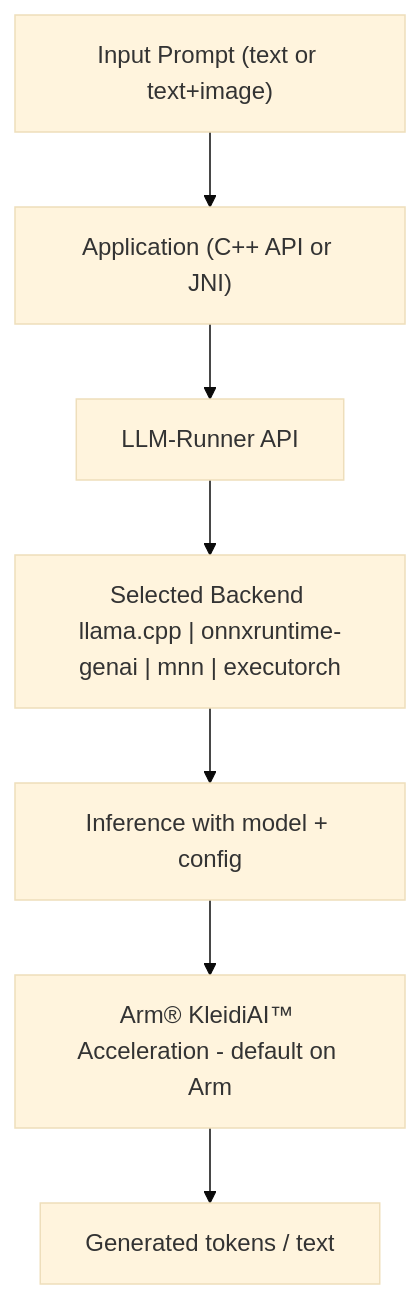
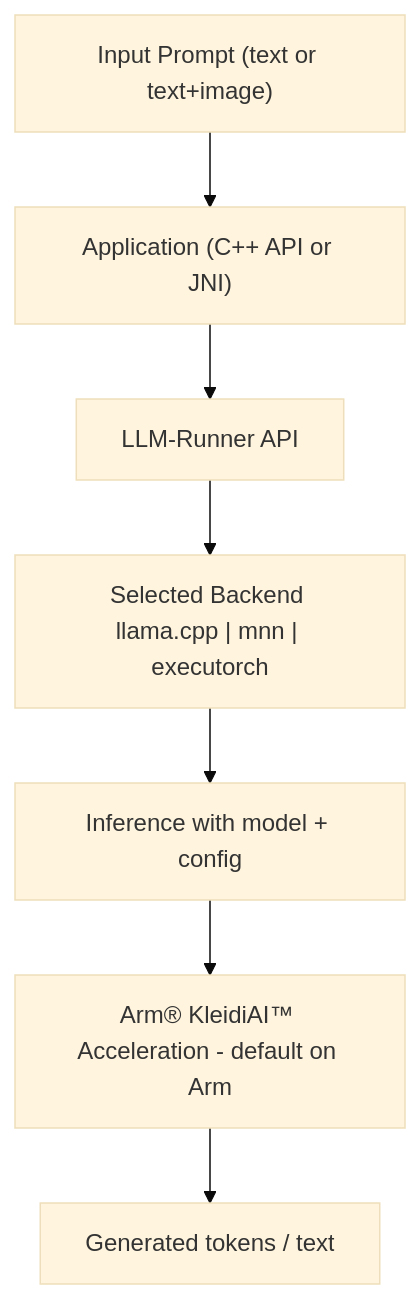
The diagram in docs/architecture.md (Arm-Examples/LLM-Runner), drawn with Mermaid (base theme) before and after one commit. The commit also changed 10 other files, not shown here.

````diff
--- a/docs/architecture.md
+++ b/docs/architecture.md
@@ -17,18 +17,18 @@
 ```mermaid
 graph TD
     Prompt["Input Prompt (text or text+image)"]
     App["Application (C++ API or JNI)"]
     LLMRunner["LLM-Runner API"]
-    Backend["Selected Backend llama.cpp | onnxruntime-genai | mnn | executorch"]
+    Backend["Selected Backend llama.cpp | mnn | executorch"]
     Inference["Inference with model + config"]
     KleidiAI["Arm® KleidiAI™ Acceleration - default on Arm"]
     Output["Generated tokens / text"]
 
     Prompt --> App
     App --> LLMRunner
     LLMRunner --> Backend
     Backend --> Inference
     Inference --> KleidiAI
     KleidiAI --> Output
 
 ```
````
